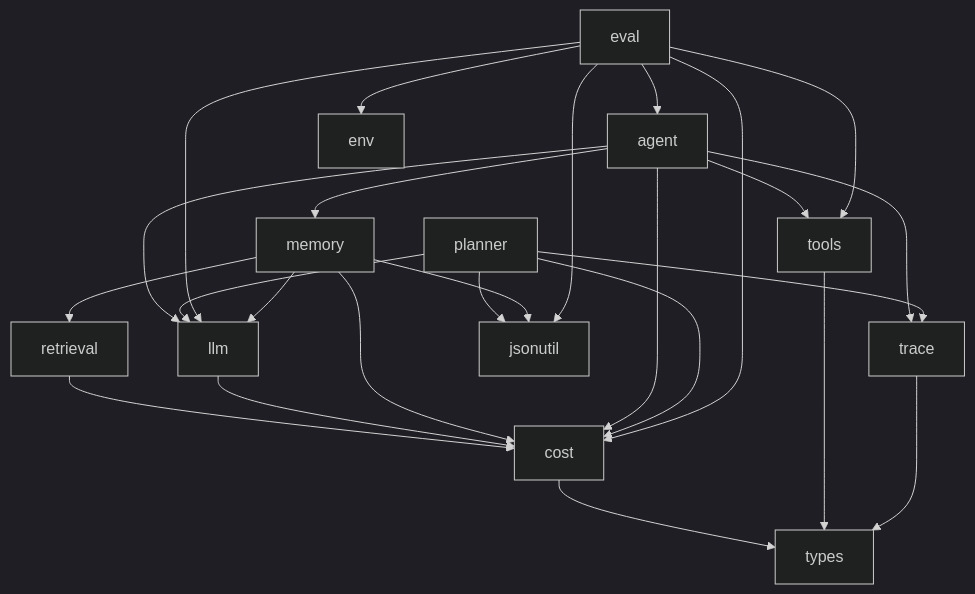
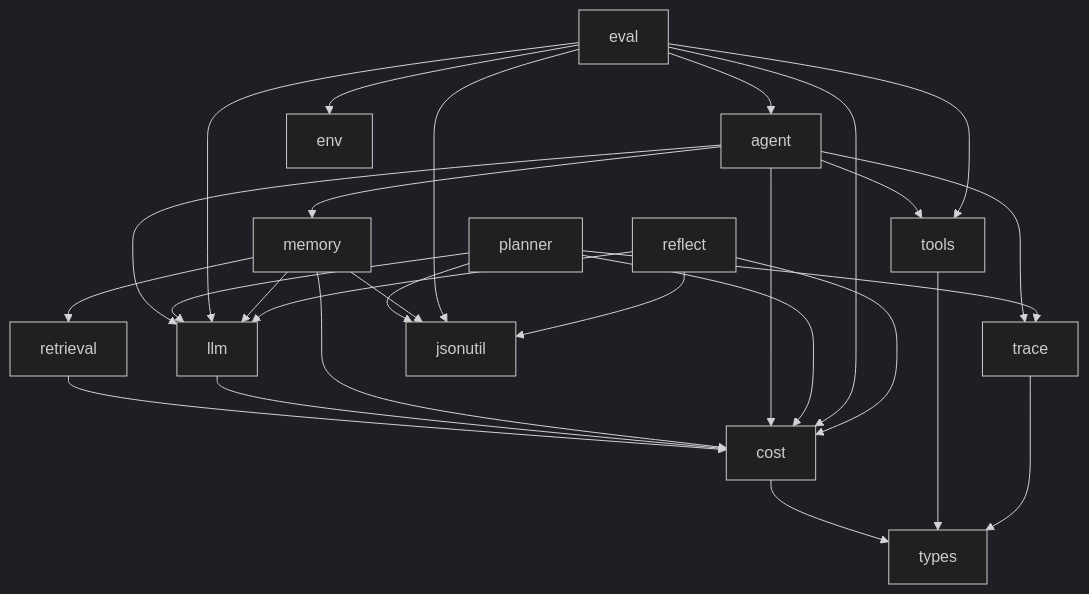
One commit to xtong629/trellis-agent changed the diagram in docs/ARCHITECTURE.md. Above: the diagram before and after it, drawn with Mermaid (dark theme). The commit also changed other lines of this file and 5 other files, not shown here.

````diff
--- a/docs/ARCHITECTURE.md
+++ b/docs/ARCHITECTURE.md
@@ -14,27 +14,30 @@
 ```mermaid
 flowchart TD
     agent --> memory
     agent --> tools
     agent --> llm
     agent --> trace
     planner --> llm
     planner --> trace
     eval --> agent
     eval --> llm
     eval --> tools
     memory --> retrieval
     memory --> llm
     retrieval --> cost
     llm --> cost
     cost --> types
     tools --> types
     trace --> types
     memory --> cost
     agent --> cost
     planner --> cost
     eval --> cost
     planner --> jsonutil
     memory --> jsonutil
     eval --> jsonutil
     eval --> env
+    reflect --> llm
+    reflect --> cost
+    reflect --> jsonutil
 ```
````
